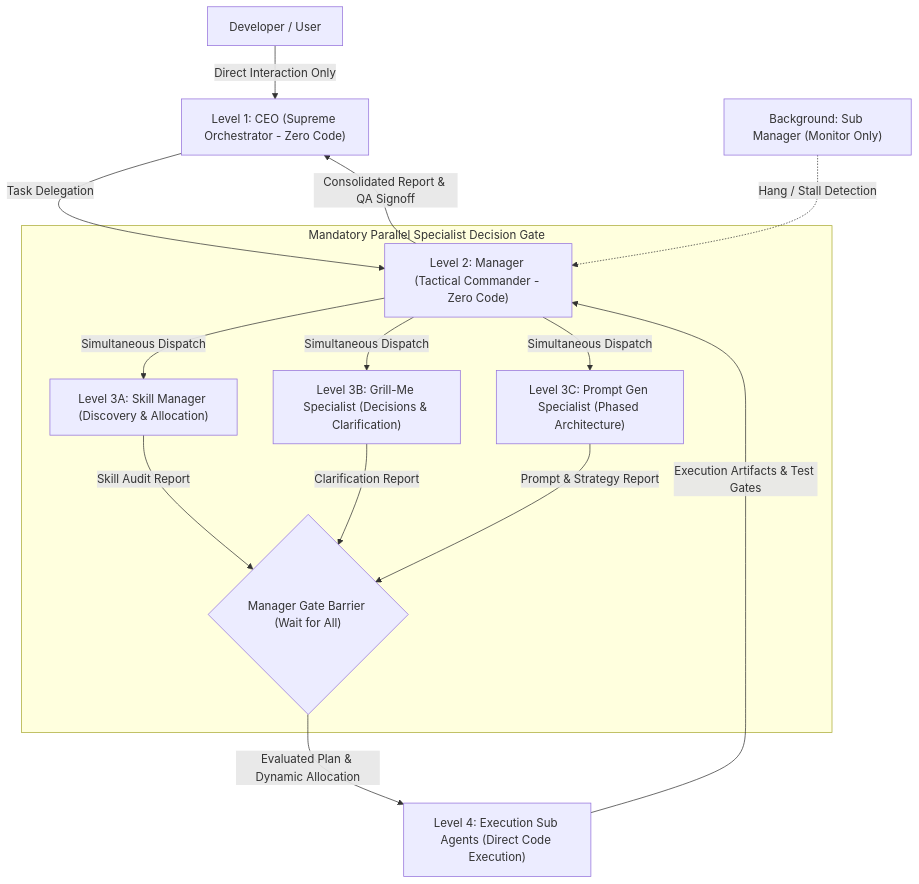
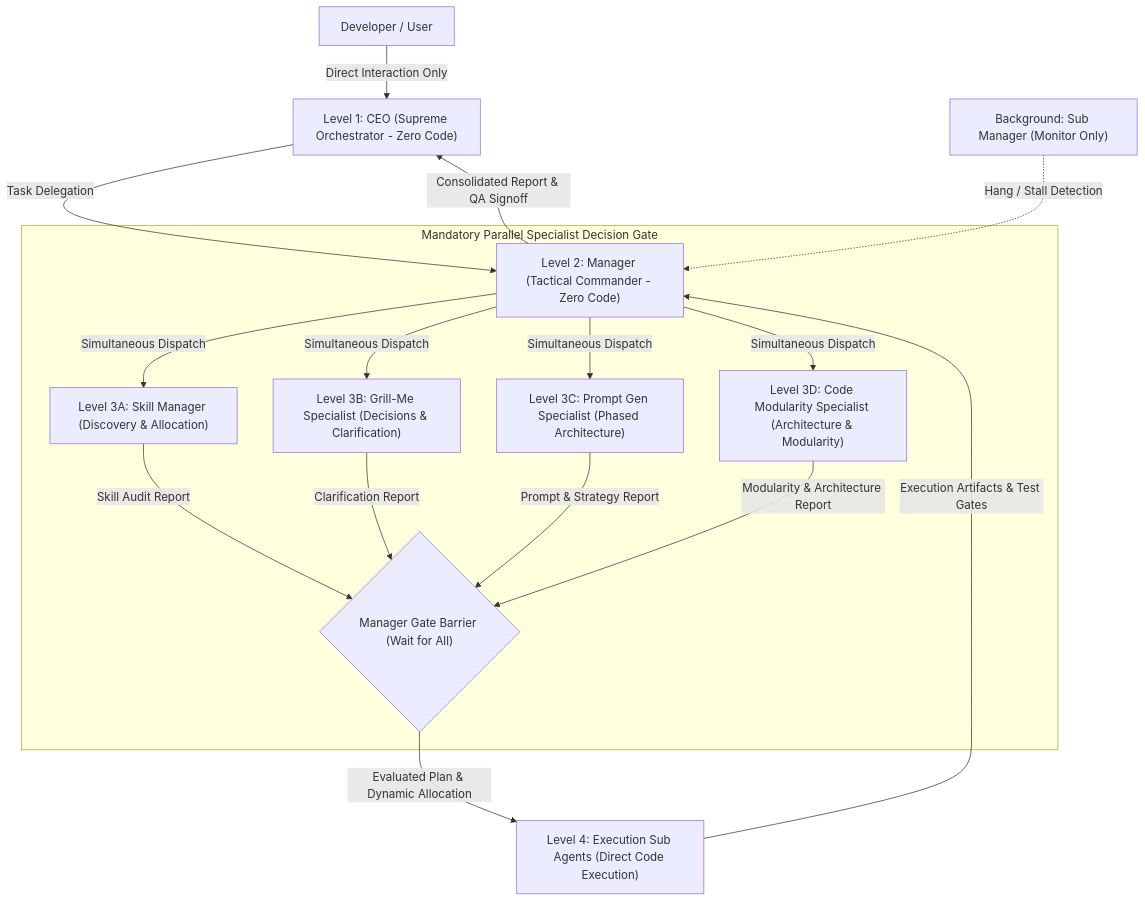
One commit to aiprincekumar/Interactive-Cursor-Tracking-Portfolio changed the first of 3 diagrams in .agents/rules/architecture_recommendation.md. Above: the diagram before and after it, drawn with Mermaid. The commit also changed other lines of this file and 6 other files, not shown here.

Commit message:
feat(rules): codify Universal Rule 28 code modularity and Level 3D specialist in 4-specialist decision gate

````diff
--- a/.agents/rules/architecture_recommendation.md
+++ b/.agents/rules/architecture_recommendation.md
@@ -16,19 +16,21 @@
 ```mermaid
 flowchart TD
     User["Developer / User"] -->|Direct Interaction Only| CEO["Level 1: CEO (Supreme Orchestrator - Zero Code)"]
     CEO -->|Task Delegation| Manager["Level 2: Manager (Tactical Commander - Zero Code)"]
     
     subgraph ParallelSpecialistGate ["Mandatory Parallel Specialist Decision Gate"]
         Manager -->|Simultaneous Dispatch| SkillMgr["Level 3A: Skill Manager (Discovery & Allocation)"]
         Manager -->|Simultaneous Dispatch| GrillMe["Level 3B: Grill-Me Specialist (Decisions & Clarification)"]
         Manager -->|Simultaneous Dispatch| PromptGen["Level 3C: Prompt Gen Specialist (Phased Architecture)"]
+        Manager -->|Simultaneous Dispatch| Modularity["Level 3D: Code Modularity Specialist (Architecture & Modularity)"]
         SkillMgr -->|Skill Audit Report| GateBarrier{"Manager Gate Barrier (Wait for All)"}
         GrillMe -->|Clarification Report| GateBarrier
         PromptGen -->|Prompt & Strategy Report| GateBarrier
+        Modularity -->|Modularity & Architecture Report| GateBarrier
     end
     
     GateBarrier -->|Evaluated Plan & Dynamic Allocation| SubAgents["Level 4: Execution Sub Agents (Direct Code Execution)"]
     SubManager["Background: Sub Manager (Monitor Only)"] -.->|Hang / Stall Detection| Manager
     SubAgents -->|Execution Artifacts & Test Gates| Manager
     Manager -->|Consolidated Report & QA Signoff| CEO
 ```
````
